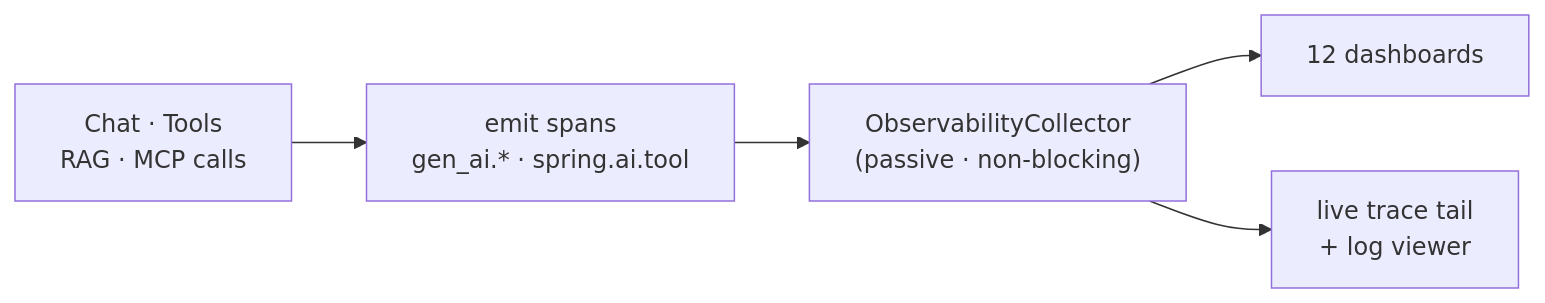
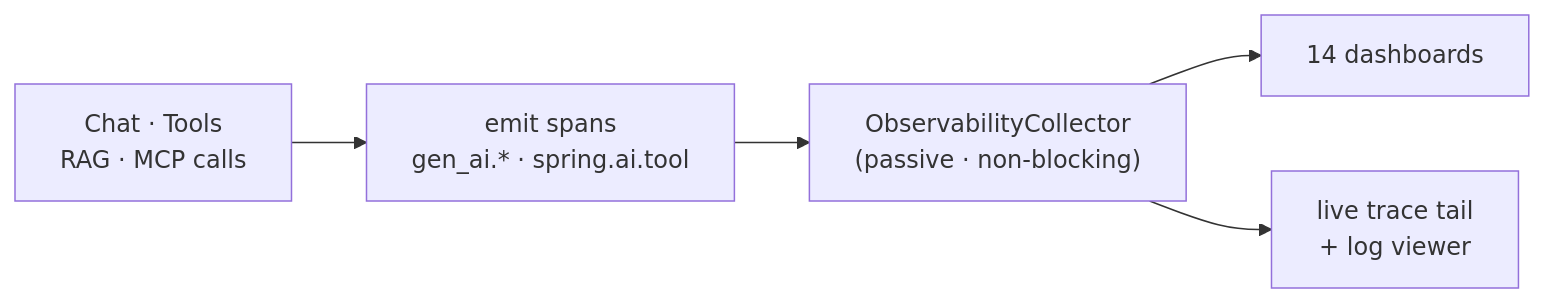
One commit to JM-Lab/spring-ai-playground changed the first of 4 diagrams in docs/observability-architecture.md. Above: the diagram before and after it, drawn with Mermaid. The commit also changed other lines of this file and 185 other files, not shown here.

````diff
--- a/docs/observability-architecture.md
+++ b/docs/observability-architecture.md
@@ -24,7 +24,7 @@
 ```mermaid
 flowchart LR
     ACT["Chat · Tools<br/>RAG · MCP calls"] --> SP["emit spans<br/>gen_ai.* · spring.ai.tool"]
     SP --> COL["ObservabilityCollector<br/>(passive · non-blocking)"]
-    COL --> DASH["12 dashboards"]
+    COL --> DASH["14 dashboards"]
     COL --> TR["live trace tail<br/>+ log viewer"]
 ```
````
